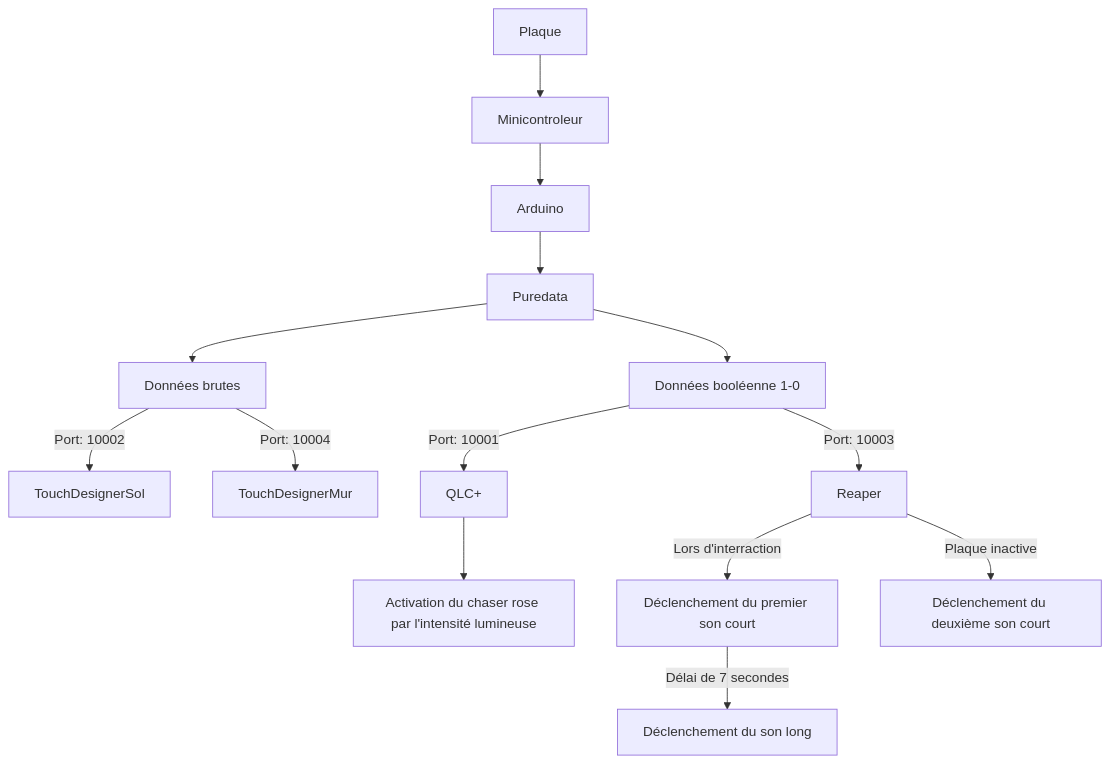
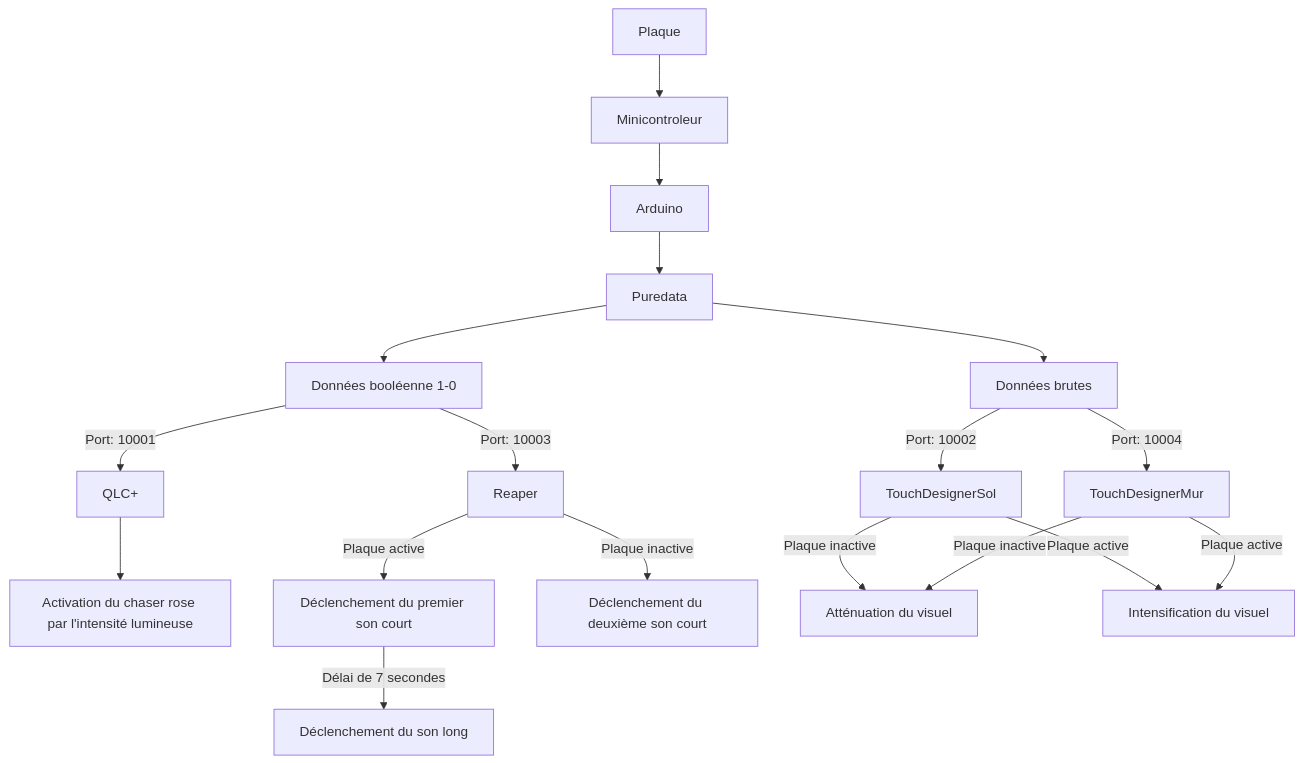
Before and after one commit to Miaou-Mafia/projet-luminatura: the diagram in 40_maquette/README.md, drawn with Mermaid. The commit also changed other lines of this file, not shown here.

````diff
--- a/40_maquette/README.md
+++ b/40_maquette/README.md
@@ -137,16 +137,20 @@
 ```mermaid
 graph TD;
     Plaque-->Minicontroleur;
     Minicontroleur-->Arduino;
     Arduino-->Puredata;
     Puredata-->DonneeBrute[Données brutes];
     Puredata-->Donne1-0[Données booléenne 1-0];
     DonneeBrute-->| Port: 10002 |TouchDesignerSol;
     DonneeBrute-->| Port: 10004 |TouchDesignerMur;
     Donne1-0-->| Port: 10001 |QLC+;
     Donne1-0-->| Port: 10003 |Reaper;
     QLC+-->ActivationChaser[Activation du chaser rose par l'intensité lumineuse];
-    Reaper-->| Lors d'interraction |DéclenchementSonCourt1[Déclenchement du premier son court];
+    Reaper-->| Plaque active |DéclenchementSonCourt1[Déclenchement du premier son court];
     DéclenchementSonCourt1-->| Délai de 7 secondes |DéclenchementSonLong[Déclenchement du son long]
     Reaper-->| Plaque inactive |DéclenchementSonCourt2[Déclenchement du deuxième son court];
+    TouchDesignerSol-->| Plaque inactive |AtténuationVisuel[Atténuation du visuel];
+    TouchDesignerSol-->| Plaque active |IntensificationVisuel[Intensification du visuel];
+    TouchDesignerMur-->| Plaque inactive |AtténuationVisuel[Atténuation du visuel];
+    TouchDesignerMur-->| Plaque active |IntensificationVisuel[Intensification du visuel];
 ```
````
